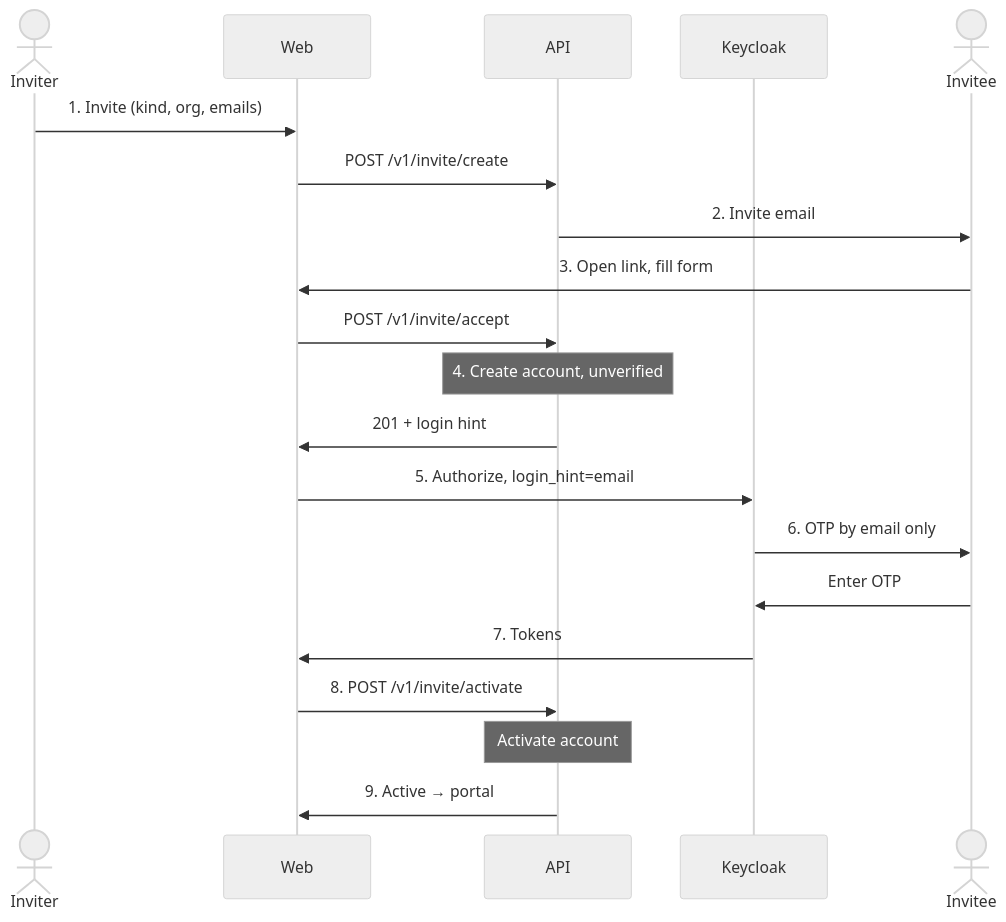
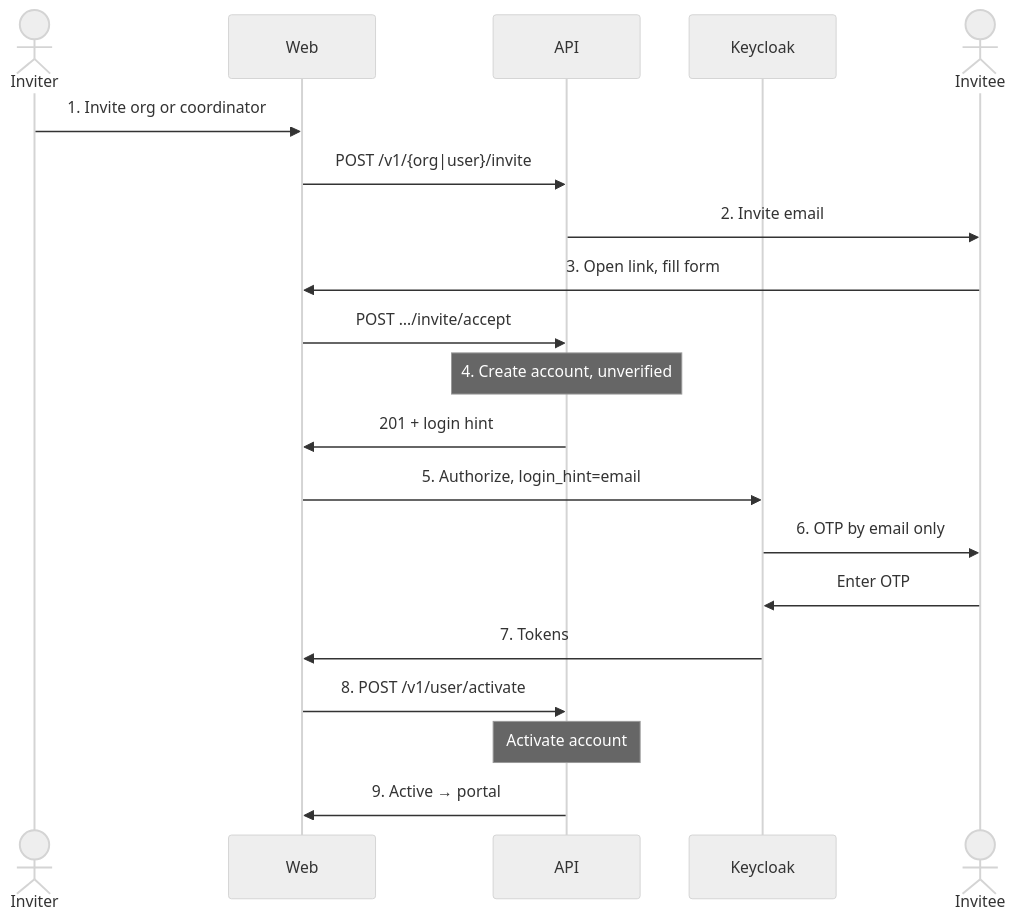
One commit to Blue-Dots-Economy/aggregator-dpg changed the second of 4 diagrams in docs/plans/invite-only-onboarding.md. Above: the diagram before and after it, drawn with Mermaid (neutral theme). The commit also changed other lines of this file, not shown here.

Commit message:
docs(plans): keep pending status and split org and user invite APIs

````diff
--- a/docs/plans/invite-only-onboarding.md
+++ b/docs/plans/invite-only-onboarding.md
@@ -44,22 +44,22 @@
 ```mermaid
 sequenceDiagram
   actor I as Inviter
   participant W as Web
   participant A as API
   participant K as Keycloak
   actor N as Invitee
-  I->>W: 1. Invite (kind, org, emails)
-  W->>A: POST /v1/invite/create
+  I->>W: 1. Invite org or coordinator
+  W->>A: POST /v1/{org|user}/invite
   A->>N: 2. Invite email
   N->>W: 3. Open link, fill form
-  W->>A: POST /v1/invite/accept
+  W->>A: POST …/invite/accept
   Note over A: 4. Create account, unverified
   A->>W: 201 + login hint
   W->>K: 5. Authorize, login_hint=email
   K->>N: 6. OTP by email only
   N->>K: Enter OTP
   K->>W: 7. Tokens
-  W->>A: 8. POST /v1/invite/activate
+  W->>A: 8. POST /v1/user/activate
   Note over A: Activate account
   A->>W: 9. Active → portal
 ```
````
